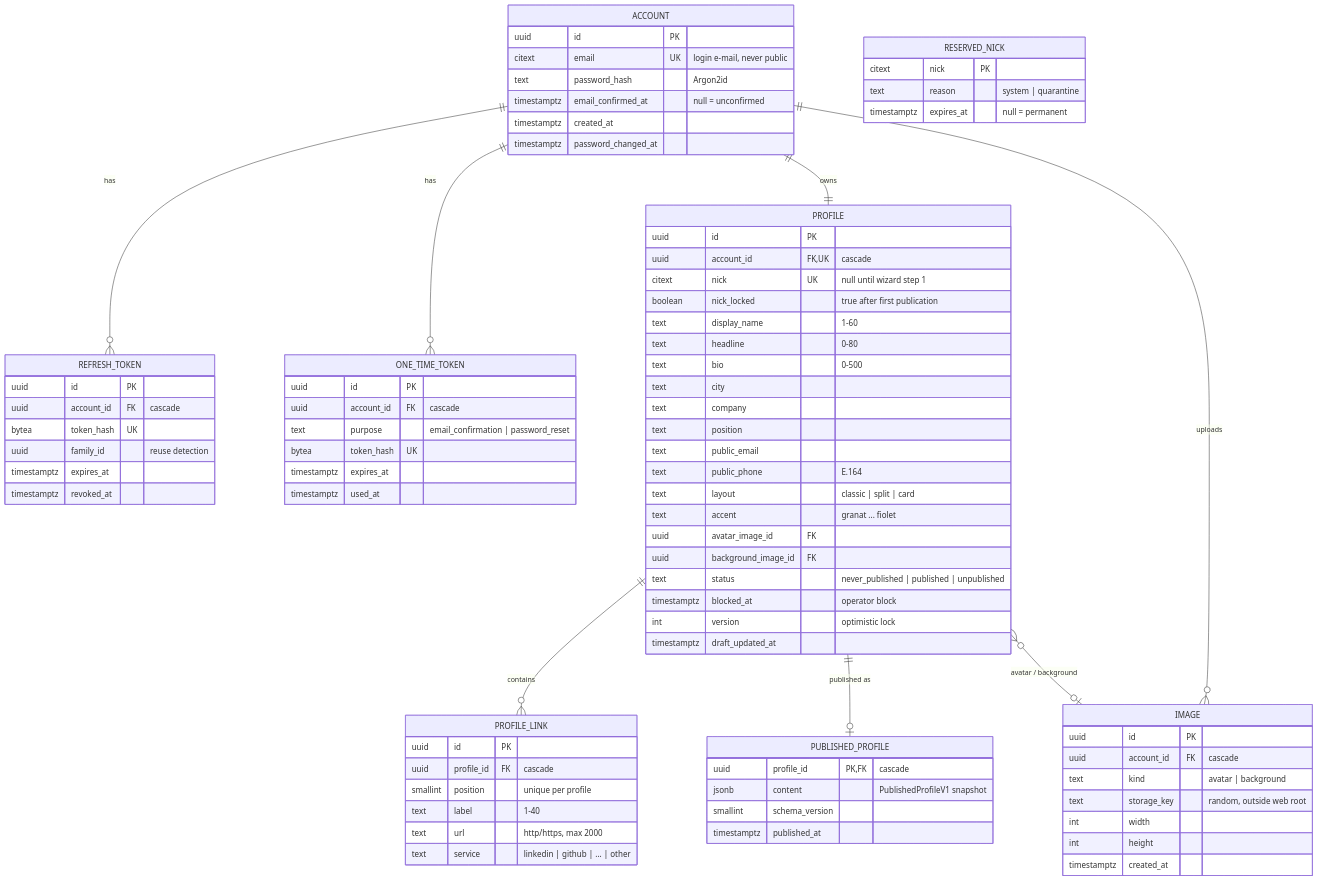
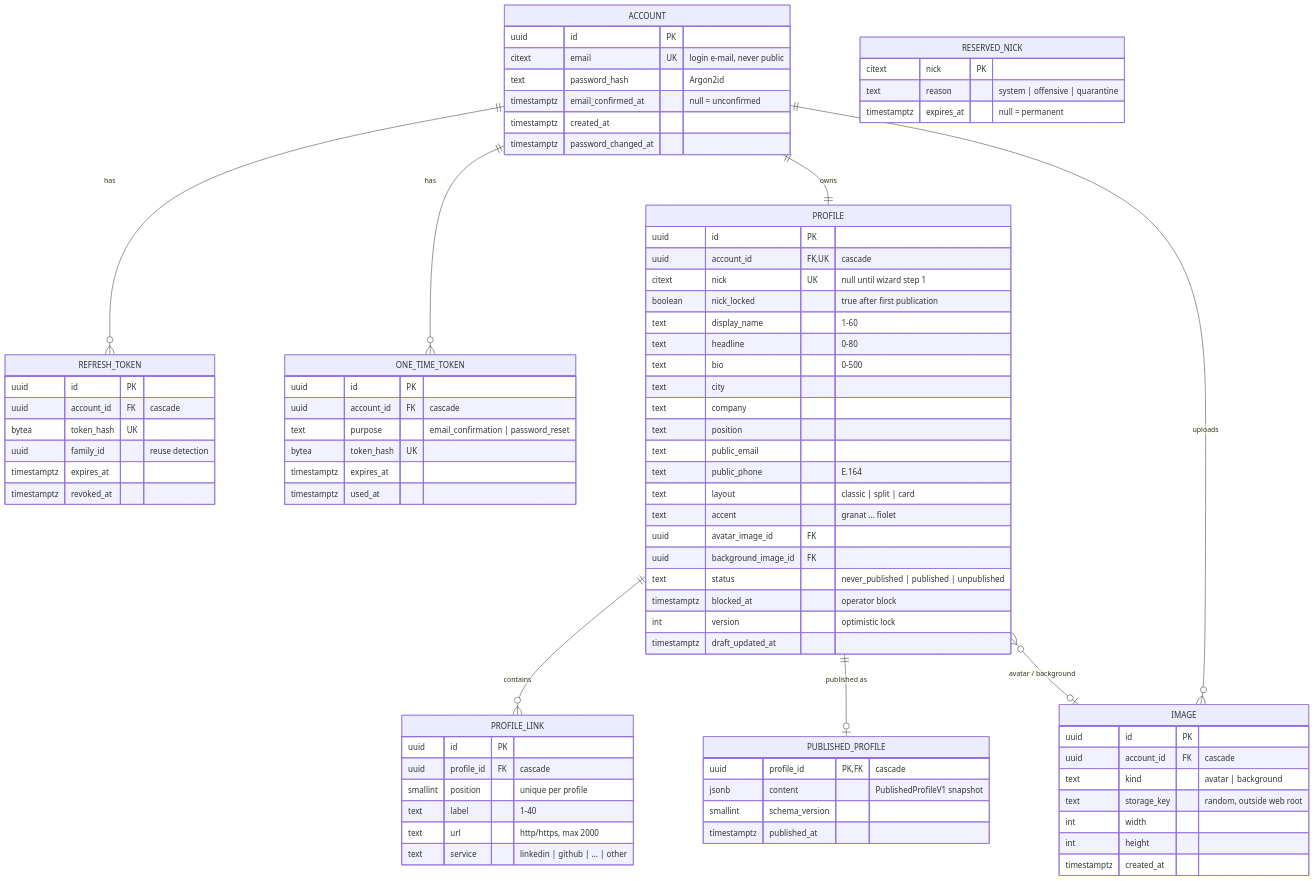
Before and after one commit to MichalWrzesinski/Profilo: the second of 2 diagrams in docs/architecture.md, drawn with Mermaid. The commit also changed 6 other files, not shown here.

````diff
--- a/docs/architecture.md
+++ b/docs/architecture.md
@@ -132,7 +132,7 @@
     }
     RESERVED_NICK {
         citext nick PK
-        text reason "system | quarantine"
+        text reason "system | offensive | quarantine"
         timestamptz expires_at "null = permanent"
     }
 ```
````
